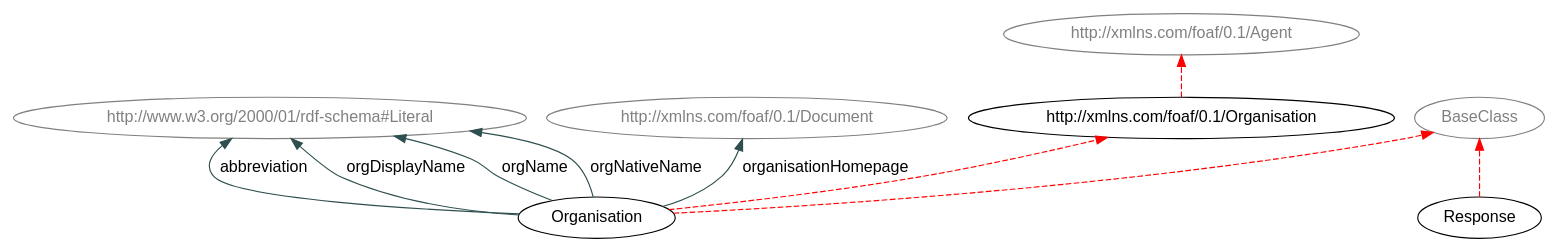
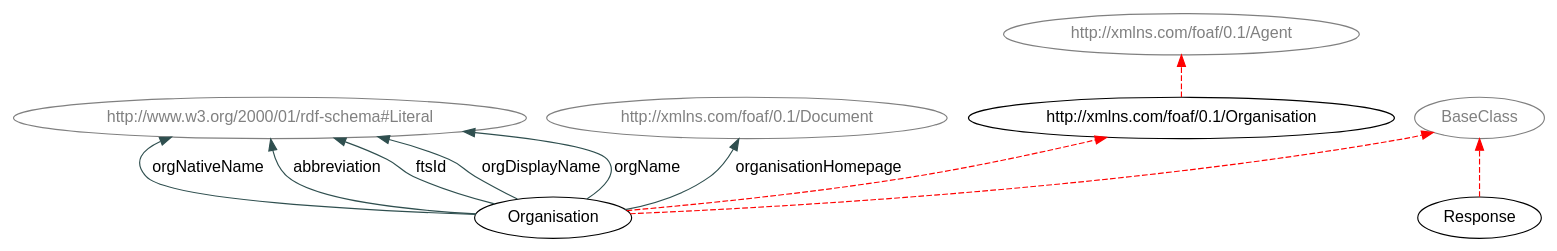
The diagram in Tools/responseSection.dot (hxl-team/HXL-Vocab), drawn with Graphviz before and after one commit. The commit also changed 13 other files, not shown here.

```diff
--- a/Tools/responseSection.dot
+++ b/Tools/responseSection.dot
@@ -1,29 +1,31 @@
 digraph { 
  rankdir="BT";	
  charset="utf-8";
  overlap=false;
  edge [color=darkslategray];
  edge [fontname=Helvetica];
  node [fontname=Helvetica];
 
 "Organisation" [ URL = "./#Organisation"] ;
 		"Organisation" -> "http://xmlns.com/foaf/0.1/Organisation" [ color=red style="dashed" ]; 
 			"BaseClass" [ URL = "./#Organisation" color="gray" fontcolor="gray"] ;
 				"Organisation" -> "BaseClass" [ color=red style="dashed" ]; 
 			"Response" [ URL = "./#Response"] ;
 		"BaseClass" [ URL = "./#Response" color="gray" fontcolor="gray"] ;
 				"Response" -> "BaseClass" [ color=red style="dashed" ]; 
 			"http://xmlns.com/foaf/0.1/Organisation" [ URL = "./#http://xmlns.com/foaf/0.1/Organisation"] ;
 		"http://xmlns.com/foaf/0.1/Agent" [ URL = "./#http://xmlns.com/foaf/0.1/Organisation" color="gray" fontcolor="gray"] ;
 				"http://xmlns.com/foaf/0.1/Organisation" -> "http://xmlns.com/foaf/0.1/Agent" [ color=red style="dashed" ]; 
 			"http://www.w3.org/2000/01/rdf-schema#Literal" [ URL = "./#http://www.w3.org/2000/01/rdf-schema#Literal" color="gray" fontcolor="gray"] ;
 					"Organisation" -> "http://www.w3.org/2000/01/rdf-schema#Literal" [ label="abbreviation" URL = "./#abbreviation"]; 
 				"http://www.w3.org/2000/01/rdf-schema#Literal" [ URL = "./#http://www.w3.org/2000/01/rdf-schema#Literal" color="gray" fontcolor="gray"] ;
+					"Organisation" -> "http://www.w3.org/2000/01/rdf-schema#Literal" [ label="ftsId" URL = "./#ftsId"]; 
+				"http://www.w3.org/2000/01/rdf-schema#Literal" [ URL = "./#http://www.w3.org/2000/01/rdf-schema#Literal" color="gray" fontcolor="gray"] ;
 					"Organisation" -> "http://www.w3.org/2000/01/rdf-schema#Literal" [ label="orgDisplayName" URL = "./#orgDisplayName"]; 
 				"http://www.w3.org/2000/01/rdf-schema#Literal" [ URL = "./#http://www.w3.org/2000/01/rdf-schema#Literal" color="gray" fontcolor="gray"] ;
 					"Organisation" -> "http://www.w3.org/2000/01/rdf-schema#Literal" [ label="orgName" URL = "./#orgName"]; 
 				"http://www.w3.org/2000/01/rdf-schema#Literal" [ URL = "./#http://www.w3.org/2000/01/rdf-schema#Literal" color="gray" fontcolor="gray"] ;
 					"Organisation" -> "http://www.w3.org/2000/01/rdf-schema#Literal" [ label="orgNativeName" URL = "./#orgNativeName"]; 
 				"http://xmlns.com/foaf/0.1/Document" [ URL = "./#http://xmlns.com/foaf/0.1/Document" color="gray" fontcolor="gray"] ;
 					"Organisation" -> "http://xmlns.com/foaf/0.1/Document" [ label="organisationHomepage" URL = "./#organisationHomepage"]; 
 				}
```
